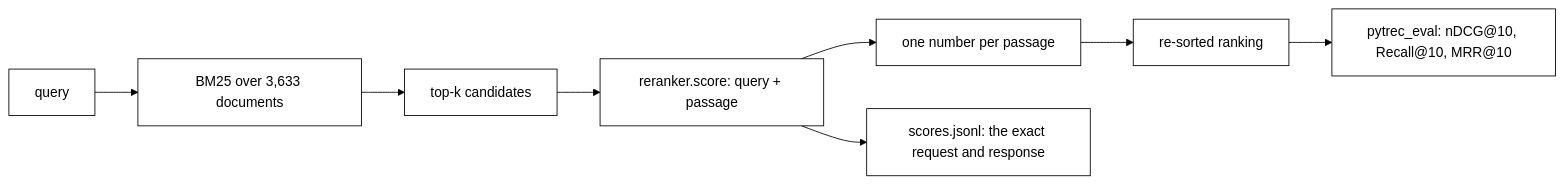
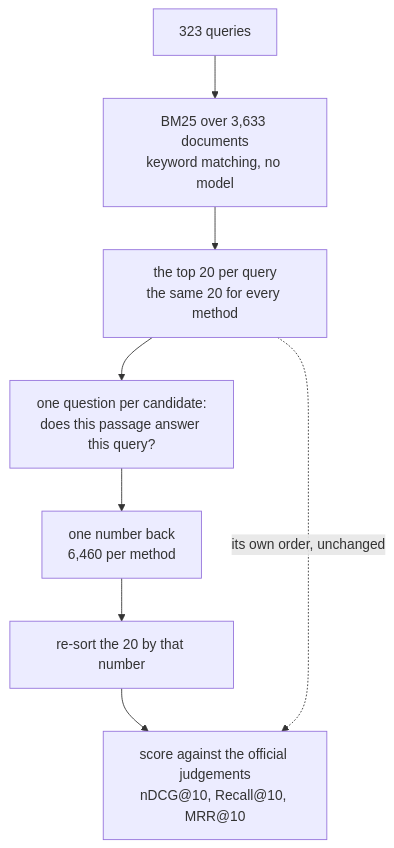
One commit to nadeem4/ai-experiments changed the diagram in rerank/README.md. Above: the diagram before and after it, drawn with Mermaid. The commit also changed other lines of this file and 2 other files, not shown here.

First line of the commit message:
rerank: explain the method, and make the diagram visible

````diff
--- a/rerank/README.md
+++ b/rerank/README.md
@@ -38,11 +38,10 @@
 ```mermaid
-%%{init: {'theme':'base','themeVariables':{'primaryColor':'#ffffff','primaryTextColor':'#000000','primaryBorderColor':'#000000','lineColor':'#000000','secondaryColor':'#ffffff','tertiaryColor':'#ffffff','background':'#ffffff','mainBkg':'#ffffff','textColor':'#000000'}}}%%
-flowchart LR
-    Q[query] --> B[BM25 over 3,633 documents]
-    B --> C[top-k candidates]
-    C --> R[reranker.score: query + passage]
-    R --> S[one number per passage]
-    S --> O[re-sorted ranking]
-    O --> M[pytrec_eval: nDCG@10, Recall@10, MRR@10]
-    R --> W[scores.jsonl: the exact request and response]
+flowchart TB
+    Q["323 queries"] --> B["BM25 over 3,633 documents<br/>keyword matching, no model"]
+    B --> C["the top 20 per query<br/>the same 20 for every method"]
+    C --> S["one question per candidate:<br/>does this passage answer this query?"]
+    S --> N["one number back<br/>6,460 per method"]
+    N --> O["re-sort the 20 by that number"]
+    O --> E["score against the official judgements<br/>nDCG@10, Recall@10, MRR@10"]
+    C -.->|"its own order, unchanged"| E
 ```
````
